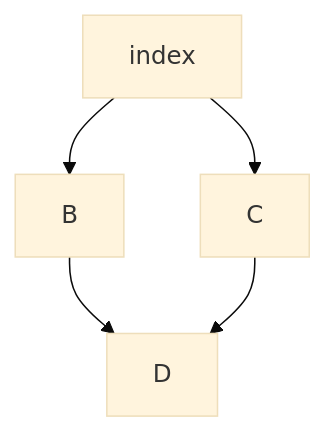
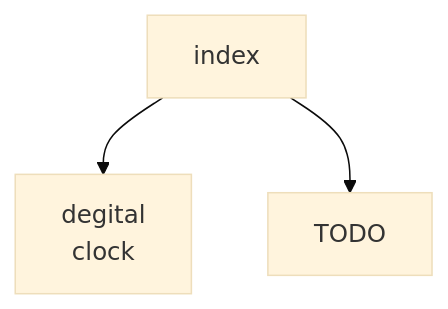
The diagram in README.md (KP-KAZUMA/EXperimental), drawn with Mermaid (base theme) before and after one commit.

````diff
--- a/README.md
+++ b/README.md
@@ -5,8 +5,7 @@
 ```mermaid
   graph TD;
   A["index"]
-      A-->B;
-      A-->C;
-      B-->D;
-      C-->D;
+  B["degital<br>clock"]
+  C["TODO"]
+      A-->B & C;
 ```
````
